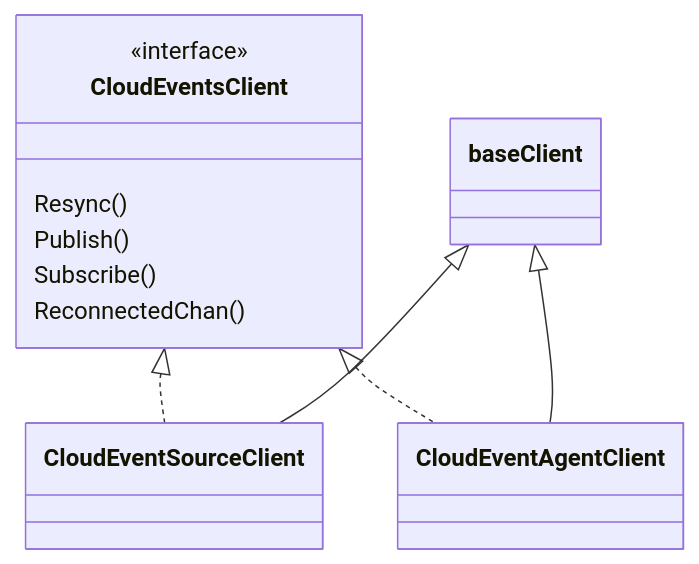
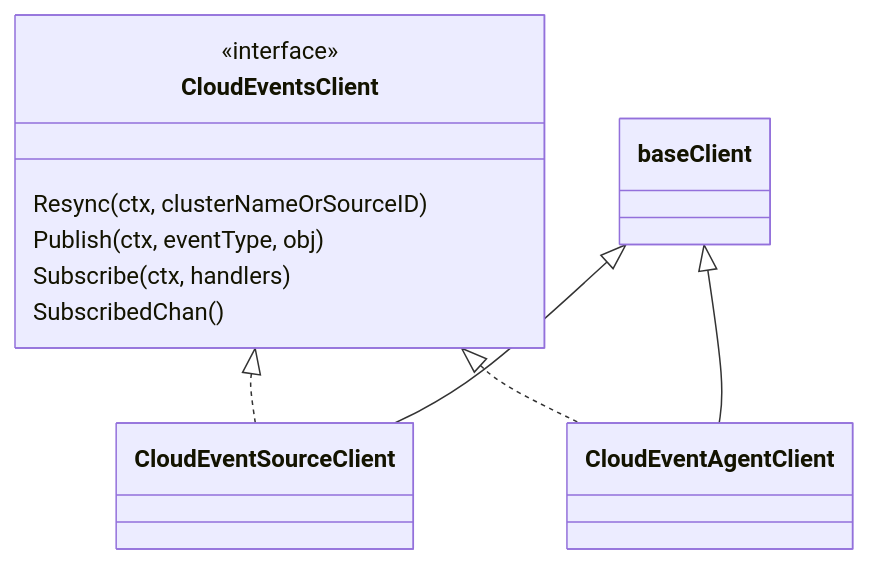
One commit to open-cluster-management-io/sdk-go changed the second of 10 diagrams in pkg/cloudevents/doc/design.md. Above: the diagram before and after it, drawn with Mermaid. The commit also changed other lines of this file and 2 other files, not shown here.

````diff
--- a/pkg/cloudevents/doc/design.md
+++ b/pkg/cloudevents/doc/design.md
@@ -60,16 +79,16 @@
 ```mermaid
 classDiagram
 class CloudEventsClient {
     <<interface>>
-    Resync()
-    Publish()
-    Subscribe()
-    ReconnectedChan()
+    Resync(ctx, clusterNameOrSourceID)
+    Publish(ctx, eventType, obj)
+    Subscribe(ctx, handlers)
+    SubscribedChan()
 }
 
 CloudEventsClient <|.. CloudEventSourceClient
 CloudEventsClient <|.. CloudEventAgentClient
 
 baseClient <|-- CloudEventSourceClient
 baseClient <|-- CloudEventAgentClient
 ```
````
